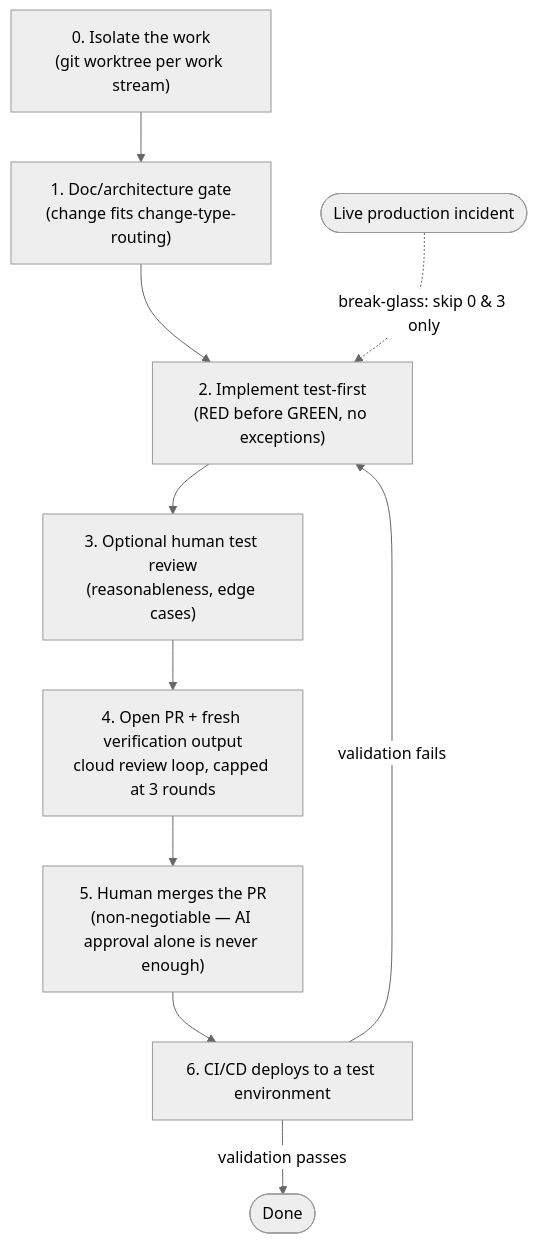
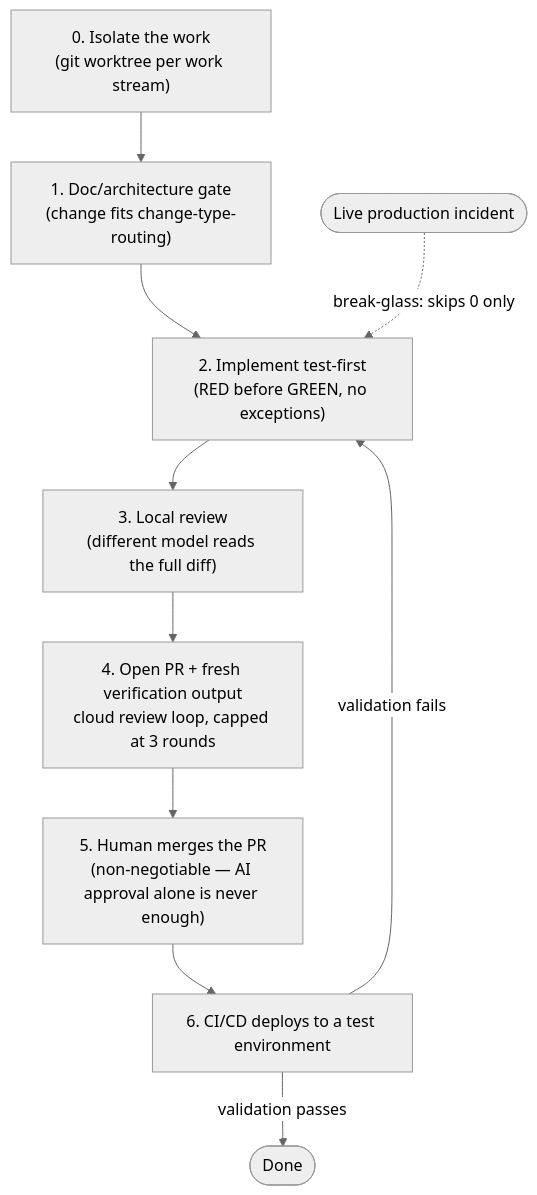
The first of 2 diagrams in README.md (Anarki1983/ai-workflow), drawn with Mermaid (neutral theme) before and after one commit. The commit also changed other lines of this file and 3 other files, not shown here.

````diff
--- a/README.md
+++ b/README.md
@@ -23,12 +23,12 @@
 ```mermaid
 flowchart TD
     S0["0. Isolate the work<br/>(git worktree per work stream)"] --> S1["1. Doc/architecture gate<br/>(change fits change-type-routing)"]
     S1 --> S2["2. Implement test-first<br/>(RED before GREEN, no exceptions)"]
-    S2 --> S3["3. Optional human test review<br/>(reasonableness, edge cases)"]
+    S2 --> S3["3. Local review<br/>(different model reads the full diff)"]
     S3 --> S4["4. Open PR + fresh verification output<br/>cloud review loop, capped at 3 rounds"]
     S4 --> S5["5. Human merges the PR<br/>(non-negotiable — AI approval alone is never enough)"]
     S5 --> S6["6. CI/CD deploys to a test environment"]
     S6 -- validation fails --> S2
     S6 -- validation passes --> Done(["Done"])
-    Incident(["Live production incident"]) -. "break-glass: skip 0 & 3 only" .-> S2
+    Incident(["Live production incident"]) -. "break-glass: skips 0 only" .-> S2
 ```
````
